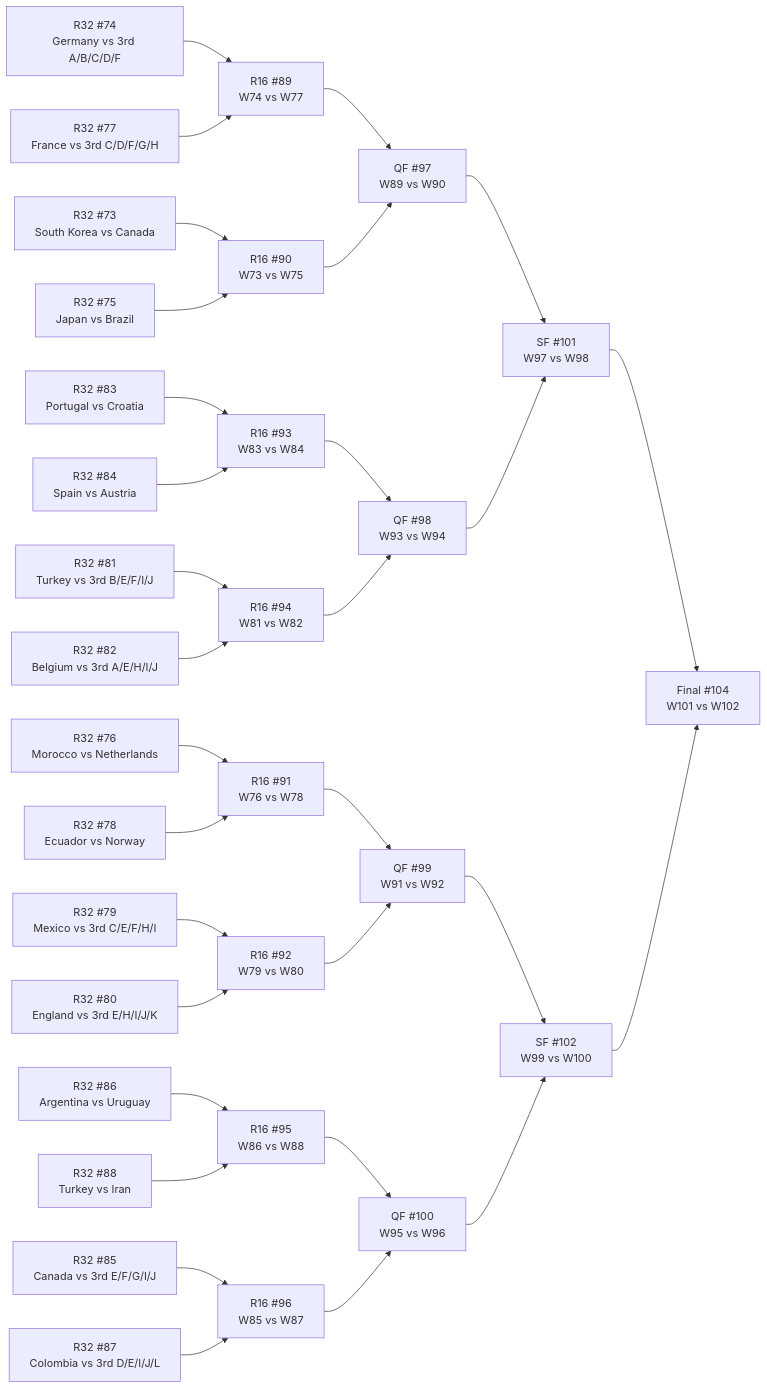
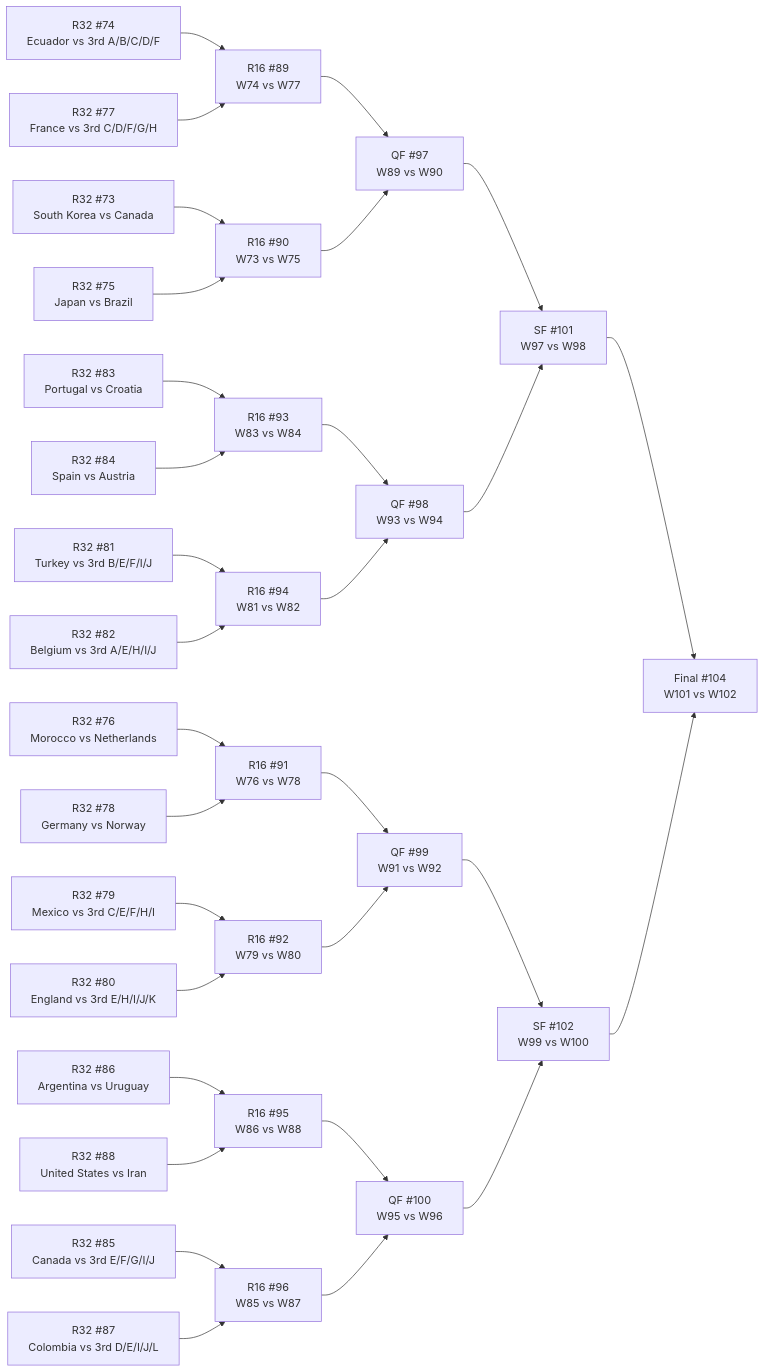
One commit to Tutai-Tran/WC-2026-predictor changed the diagram in WC vault/_bracket.md. Above: the diagram before and after it, drawn with Mermaid. The commit also changed 72 other files, not shown here.

````diff
--- a/WC vault/_bracket.md
+++ b/WC vault/_bracket.md
@@ -11,64 +11,64 @@
 ```mermaid
 flowchart LR
   M73["R32 #73<br>South Korea vs Canada"]
-  M74["R32 #74<br>Germany vs 3rd A/B/C/D/F"]
+  M74["R32 #74<br>Ecuador vs 3rd A/B/C/D/F"]
   M75["R32 #75<br>Japan vs Brazil"]
   M76["R32 #76<br>Morocco vs Netherlands"]
   M77["R32 #77<br>France vs 3rd C/D/F/G/H"]
-  M78["R32 #78<br>Ecuador vs Norway"]
+  M78["R32 #78<br>Germany vs Norway"]
   M79["R32 #79<br>Mexico vs 3rd C/E/F/H/I"]
   M80["R32 #80<br>England vs 3rd E/H/I/J/K"]
   M81["R32 #81<br>Turkey vs 3rd B/E/F/I/J"]
   M82["R32 #82<br>Belgium vs 3rd A/E/H/I/J"]
   M83["R32 #83<br>Portugal vs Croatia"]
   M84["R32 #84<br>Spain vs Austria"]
   M85["R32 #85<br>Canada vs 3rd E/F/G/I/J"]
   M86["R32 #86<br>Argentina vs Uruguay"]
   M87["R32 #87<br>Colombia vs 3rd D/E/I/J/L"]
-  M88["R32 #88<br>Turkey vs Iran"]
+  M88["R32 #88<br>United States vs Iran"]
   M89["R16 #89<br>W74 vs W77"]
   M90["R16 #90<br>W73 vs W75"]
   M91["R16 #91<br>W76 vs W78"]
   M92["R16 #92<br>W79 vs W80"]
   M93["R16 #93<br>W83 vs W84"]
   M94["R16 #94<br>W81 vs W82"]
   M95["R16 #95<br>W86 vs W88"]
   M96["R16 #96<br>W85 vs W87"]
   M97["QF #97<br>W89 vs W90"]
   M98["QF #98<br>W93 vs W94"]
   M99["QF #99<br>W91 vs W92"]
   M100["QF #100<br>W95 vs W96"]
   M101["SF #101<br>W97 vs W98"]
   M102["SF #102<br>W99 vs W100"]
   M104["Final #104<br>W101 vs W102"]
   M74 --> M89
   M77 --> M89
   M73 --> M90
   M75 --> M90
   M76 --> M91
   M78 --> M91
   M79 --> M92
   M80 --> M92
   M83 --> M93
   M84 --> M93
   M81 --> M94
   M82 --> M94
   M86 --> M95
   M88 --> M95
   M85 --> M96
   M87 --> M96
   M89 --> M97
   M90 --> M97
   M93 --> M98
   M94 --> M98
   M91 --> M99
   M92 --> M99
   M95 --> M100
   M96 --> M100
   M97 --> M101
   M98 --> M101
   M99 --> M102
   M100 --> M102
   M101 --> M104
   M102 --> M104
 ```
````
